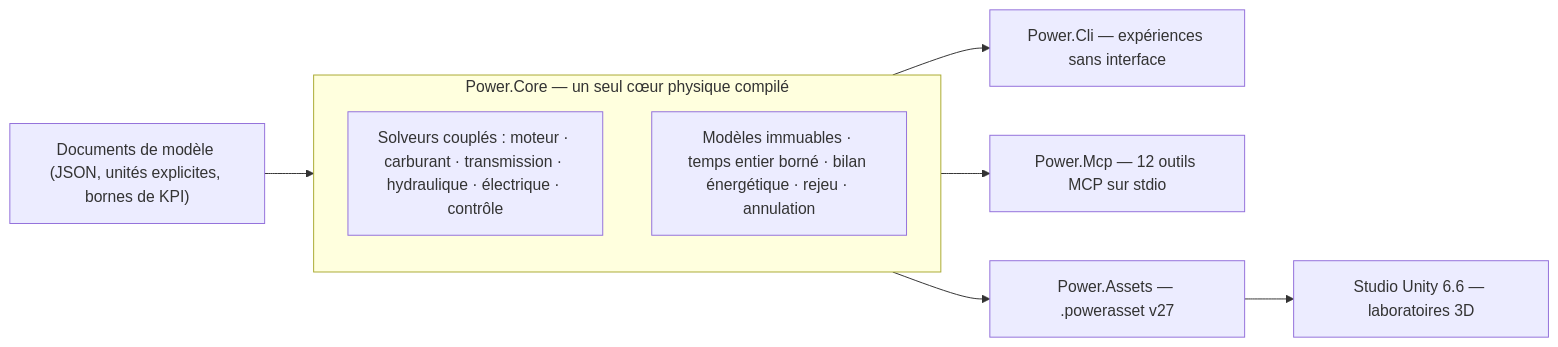
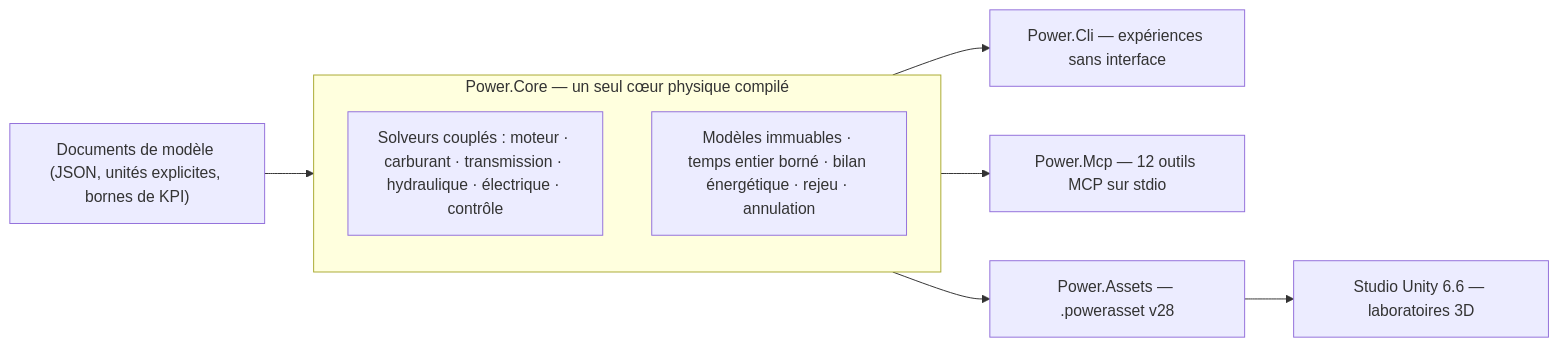
The diagram in README.fr.md (Water-Run/Power), drawn with Mermaid before and after one commit. The commit also changed other lines of this file and 166 other files, not shown here.

````diff
--- a/README.fr.md
+++ b/README.fr.md
@@ -13,18 +13,18 @@
 ```mermaid
 flowchart LR
     model["Documents de modèle (JSON, unités explicites, bornes de KPI)"]
     subgraph core["Power.Core — un seul cœur physique compilé"]
         solvers["Solveurs couplés : moteur · carburant · transmission · hydraulique · électrique · contrôle"]
         invariants["Modèles immuables · temps entier borné · bilan énergétique · rejeu · annulation"]
     end
     cli["Power.Cli — expériences sans interface"]
     mcp["Power.Mcp — 12 outils MCP sur stdio"]
-    assets["Power.Assets — .powerasset v27"]
+    assets["Power.Assets — .powerasset v28"]
     unity["Studio Unity 6.6 — laboratoires 3D"]
 
     model --> core
     core --> cli
     core --> mcp
     core --> assets
     assets --> unity
 ```
````
